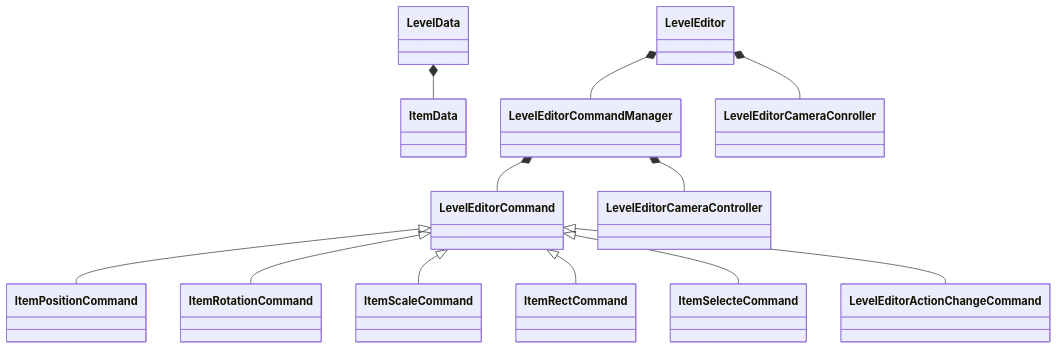
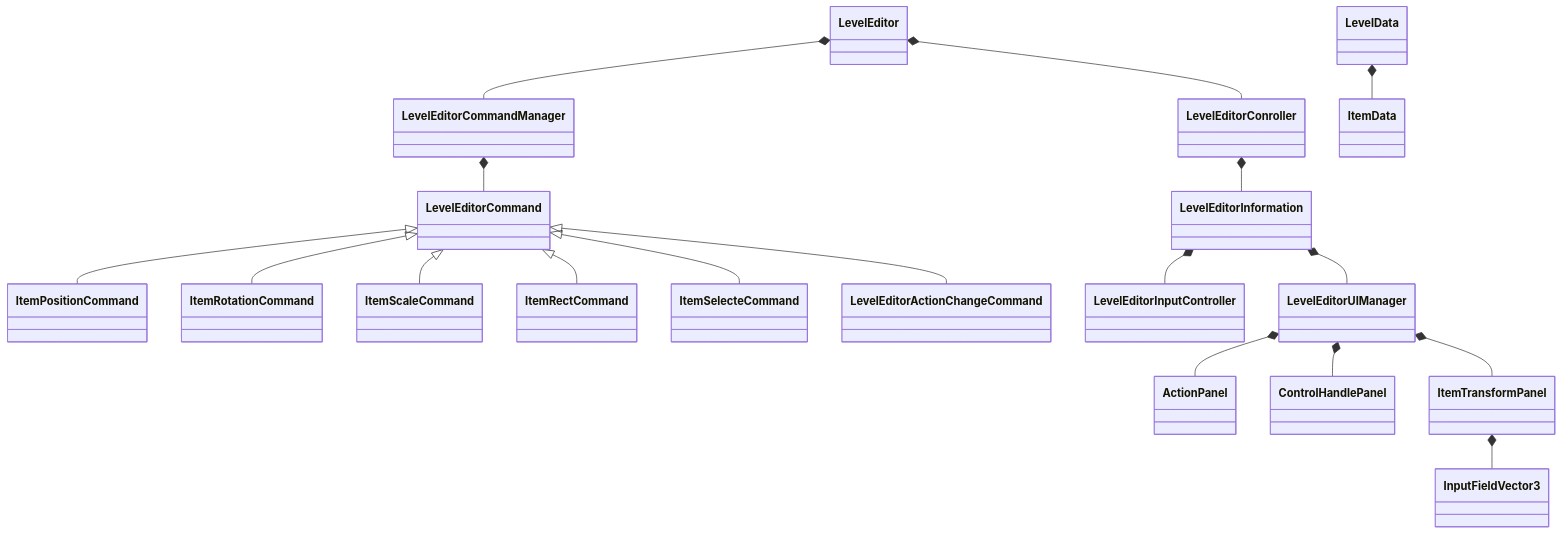
The eighth of 8 diagrams in README.md (flicker-studio/RimeEditor), drawn with Mermaid before and after one commit. The commit also changed 46 other files, not shown here.

````diff
--- a/README.md
+++ b/README.md
@@ -287,14 +287,20 @@
 ```mermaid
 classDiagram
 LevelEditorCommand <|-- ItemPositionCommand
 LevelEditorCommand <|-- ItemRotationCommand
 LevelEditorCommand <|-- ItemScaleCommand
 LevelEditorCommand <|-- ItemRectCommand
 LevelEditorCommand <|-- ItemSelecteCommand
 LevelEditorCommand <|-- LevelEditorActionChangeCommand
 LevelEditorCommandManager *-- LevelEditorCommand
-LevelEditorCommandManager *-- LevelEditorCameraController
+LevelEditor *-- LevelEditorCommandManager
+LevelEditor *-- LevelEditorConroller
+LevelEditorConroller *-- LevelEditorInformation
+LevelEditorInformation *-- LevelEditorInputController
+LevelEditorInformation *-- LevelEditorUIManager
+LevelEditorUIManager *-- ActionPanel
+LevelEditorUIManager *-- ControlHandlePanel
+LevelEditorUIManager *-- ItemTransformPanel
+ItemTransformPanel *-- InputFieldVector3
 LevelData *-- ItemData
-LevelEditor *-- LevelEditorCommandManager
-LevelEditor *-- LevelEditorCameraConroller
 ```
````
